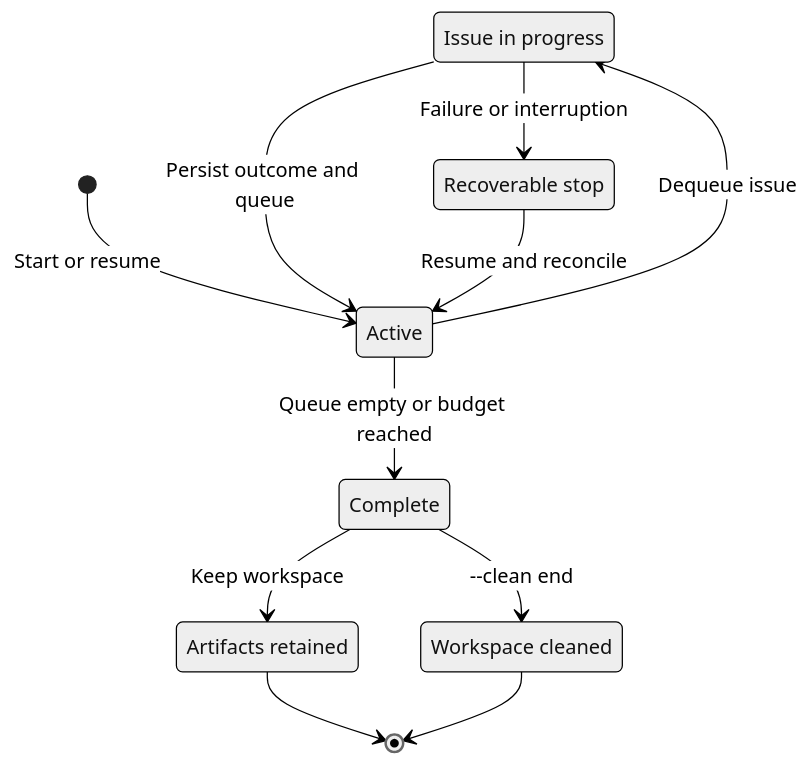
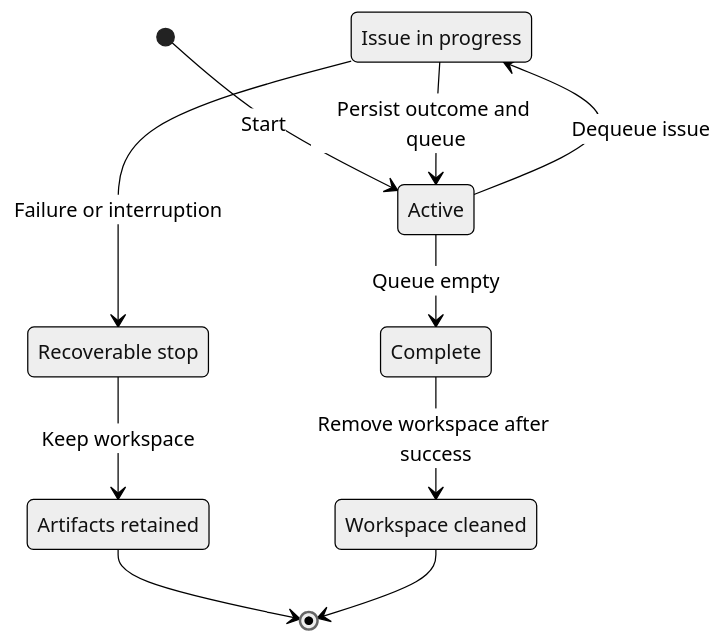
Before and after one commit to beremaran/ralphie: the second of 2 diagrams in docs/operations-and-recovery.md, drawn with Mermaid (neutral theme). The commit also changed other lines of this file and 29 other files, not shown here.

First line of the commit message:
Remove dry-run, resume, budget, cleanup, and fallback-model flows

````diff
--- a/docs/operations-and-recovery.md
+++ b/docs/operations-and-recovery.md
@@ -215,18 +210,17 @@
 ```mermaid
 stateDiagram-v2
     state "Issue in progress" as IssueInProgress
     state "Recoverable stop" as RecoverableStop
     state "Artifacts retained" as Retained
     state "Workspace cleaned" as Cleaned
 
-    [*] --> Active: Start or resume
+    [*] --> Active: Start
     Active --> IssueInProgress: Dequeue issue
     IssueInProgress --> Active: Persist outcome and queue
     IssueInProgress --> RecoverableStop: Failure or interruption
-    RecoverableStop --> Active: Resume and reconcile
-    Active --> Complete: Queue empty or budget reached
-    Complete --> Retained: Keep workspace
-    Complete --> Cleaned: --clean end
+    Active --> Complete: Queue empty
+    Complete --> Cleaned: Remove workspace after success
+    RecoverableStop --> Retained: Keep workspace
     Retained --> [*]
     Cleaned --> [*]
 ```
````
